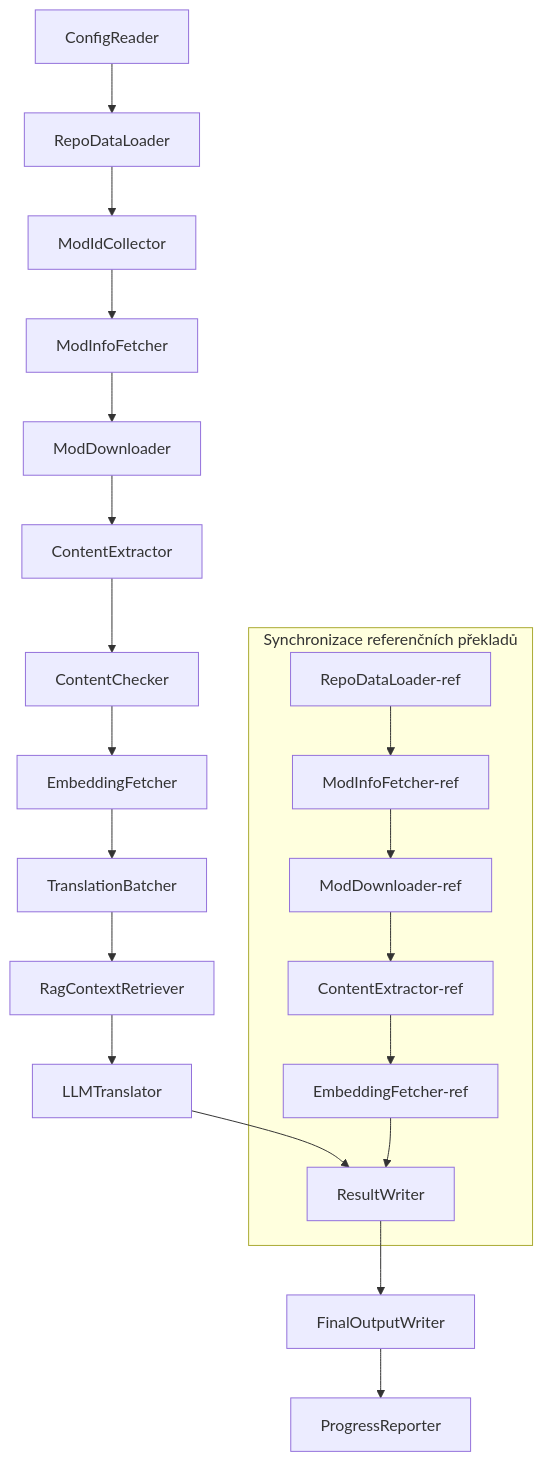
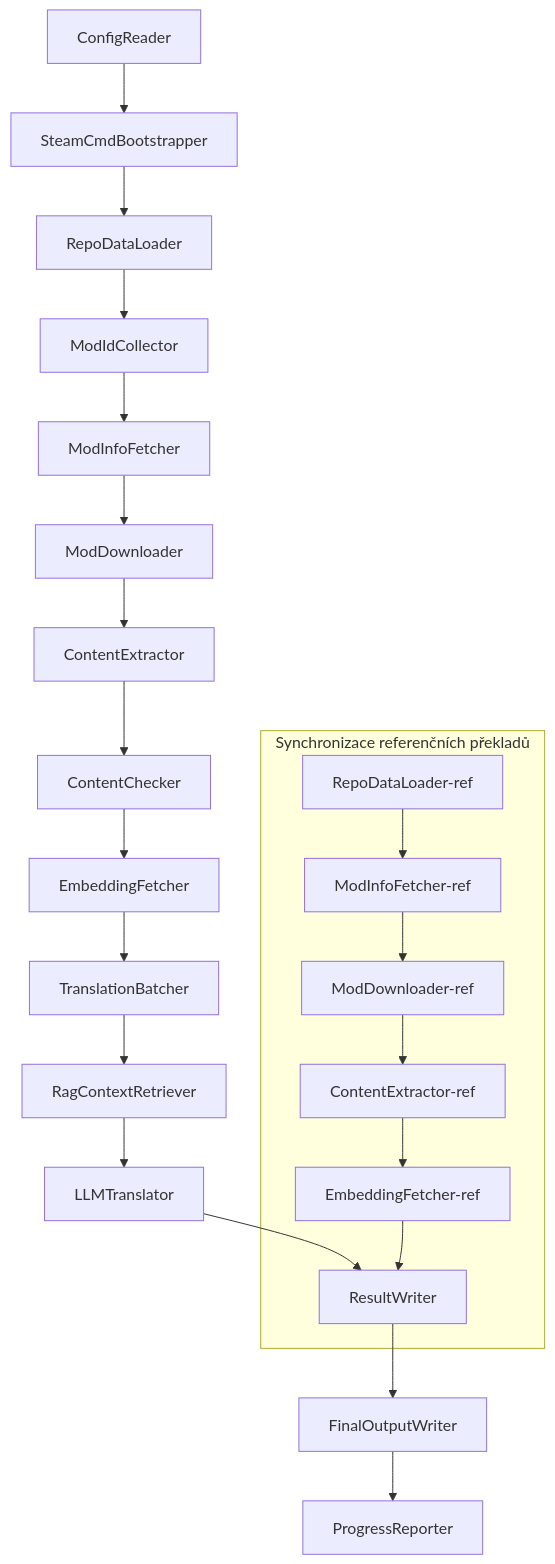
The diagram in docs/technical_reference/technical_reference_cs.md (PZProjectBabel/project_babel), drawn with Mermaid before and after one commit. The commit also changed other lines of this file and 79 other files, not shown here.

````diff
--- a/docs/technical_reference/technical_reference_cs.md
+++ b/docs/technical_reference/technical_reference_cs.md
@@ -96,24 +125,25 @@
 ```mermaid
 flowchart TD
-    A[ConfigReader] --> B[RepoDataLoader]
-    B --> C[ModIdCollector]
-    C --> D[ModInfoFetcher]
-    D --> E[ModDownloader]
-    E --> F[ContentExtractor]
-    F --> G[ContentChecker]
-    G --> H[EmbeddingFetcher]
-    H --> I[TranslationBatcher]
-    I --> J[RagContextRetriever]
-    J --> K[LLMTranslator]
-    K --> L[ResultWriter]
-    L --> M[FinalOutputWriter]
-    M --> N[ProgressReporter]
+  A[ConfigReader] --> B[SteamCmdBootstrapper]
+  B --> C[RepoDataLoader]
+  C --> D[ModIdCollector]
+  D --> E[ModInfoFetcher]
+  E --> F[ModDownloader]
+  F --> G[ContentExtractor]
+  G --> H[ContentChecker]
+  H --> I[EmbeddingFetcher]
+  I --> J[TranslationBatcher]
+  J --> K[RagContextRetriever]
+  K --> L[LLMTranslator]
+  L --> M[ResultWriter]
+  M --> N[FinalOutputWriter]
+  N --> O[ProgressReporter]
 
-    subgraph Synchronizace referenčních překladů
-        B2[RepoDataLoader-ref] --> D2[ModInfoFetcher-ref]
-        D2 --> E2[ModDownloader-ref]
-        E2 --> F2[ContentExtractor-ref]
-        F2 --> H2[EmbeddingFetcher-ref]
-        H2 --> L
+subgraph Synchronizace referenčních překladů
+        C2[RepoDataLoader-ref] --> E2[ModInfoFetcher-ref]
+        E2 --> F2[ModDownloader-ref]
+        F2 --> G2[ContentExtractor-ref]
+        G2 --> I2[EmbeddingFetcher-ref]
+        I2 --> M
     end
 ```
````
